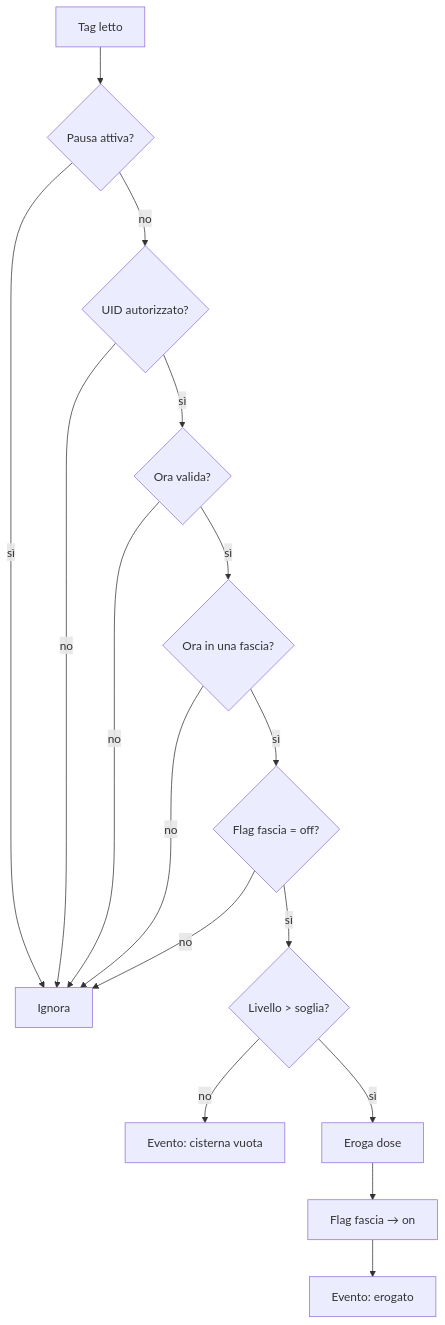
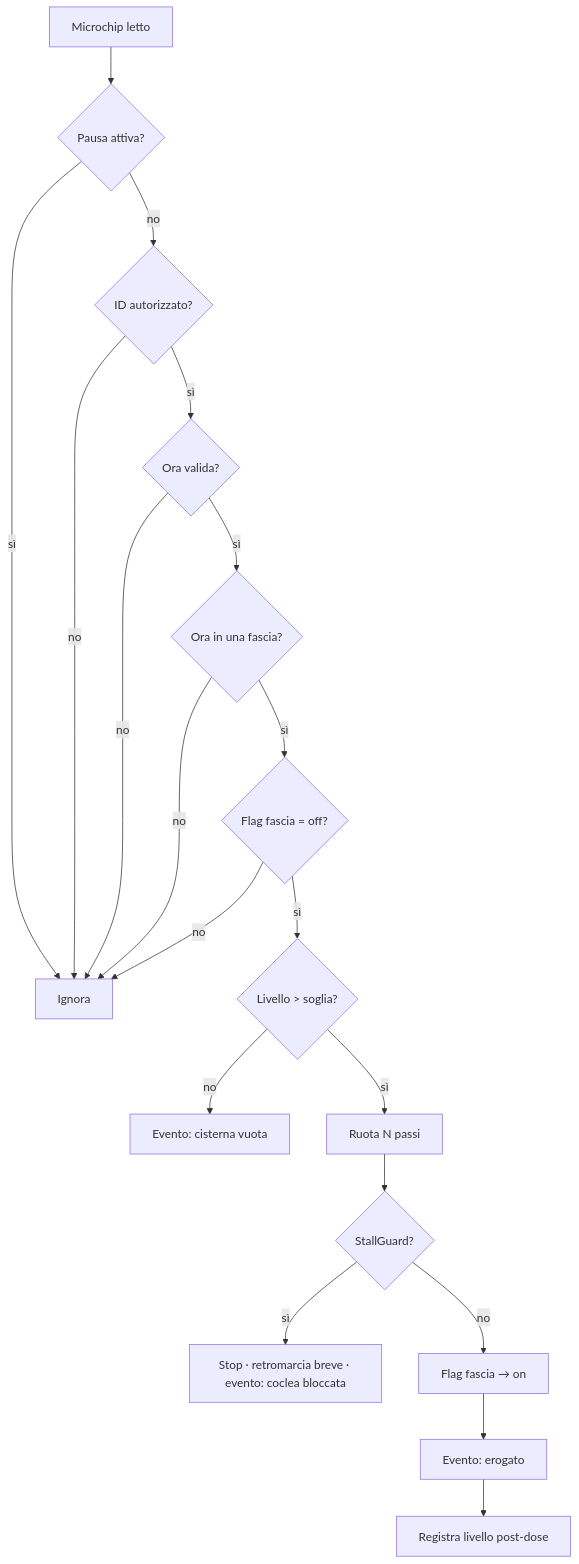
One commit to The90Frank/cat-feeder changed the third of 3 diagrams in docs/plan.md. Above: the diagram before and after it, drawn with Mermaid. The commit also changed other lines of this file and 1 other file, not shown here.

Commit message:
Pick microchip reader, ToF level sensor and hopper geometry

````diff
--- a/docs/plan.md
+++ b/docs/plan.md
@@ -83,18 +103,21 @@
 ```mermaid
 flowchart TD
-    T["Tag letto"] --> P{"Pausa attiva?"}
+    T["Microchip letto"] --> P{"Pausa attiva?"}
     P -- sì --> X["Ignora"]
-    P -- no --> U{"UID autorizzato?"}
+    P -- no --> U{"ID autorizzato?"}
     U -- no --> X
     U -- sì --> C{"Ora valida?"}
     C -- no --> X
     C -- sì --> F{"Ora in una fascia?"}
     F -- no --> X
     F -- sì --> S{"Flag fascia = off?"}
     S -- no --> X
     S -- sì --> L{"Livello > soglia?"}
     L -- no --> A["Evento: cisterna vuota"]
-    L -- sì --> D["Eroga dose"]
-    D --> ON["Flag fascia → on"]
+    L -- sì --> D["Ruota N passi"]
+    D --> SG{"StallGuard?"}
+    SG -- sì --> J["Stop · retromarcia breve · evento: coclea bloccata"]
+    SG -- no --> ON["Flag fascia → on"]
     ON --> E["Evento: erogato"]
+    E --> M["Registra livello post-dose"]
 ```
````
